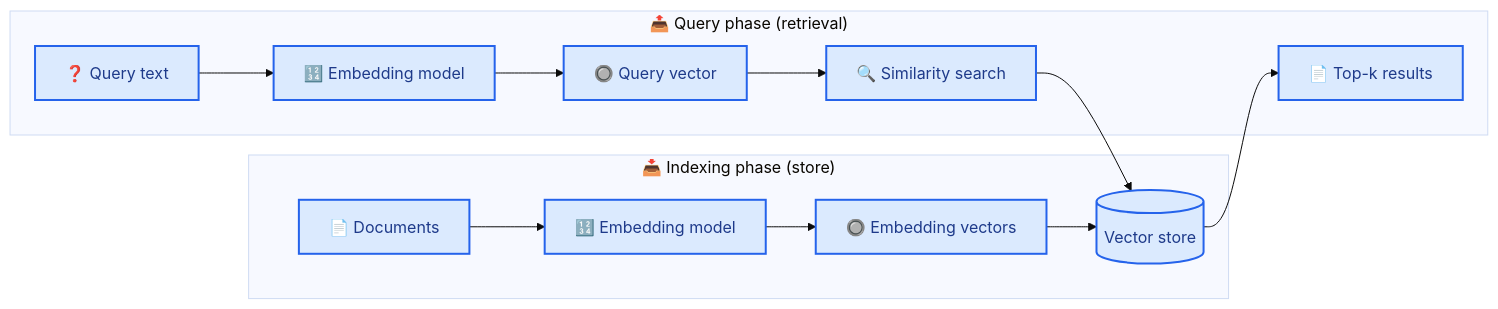
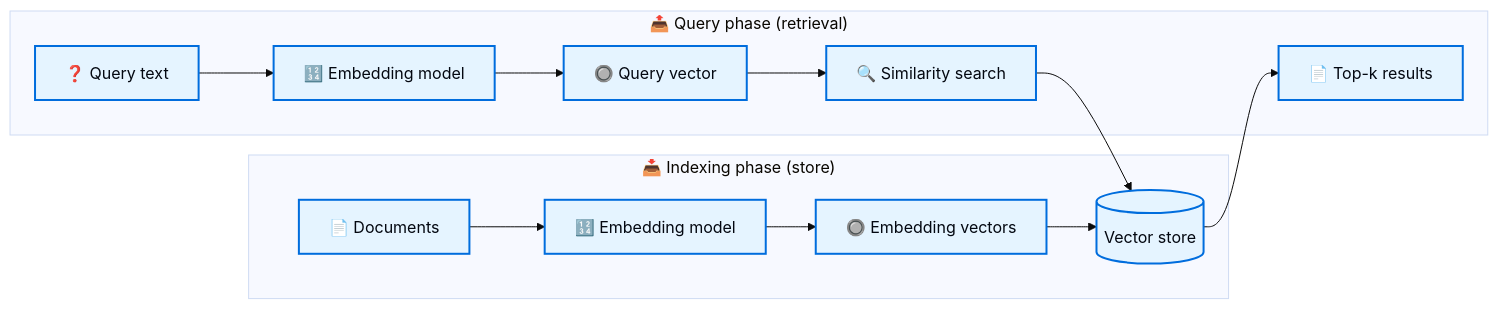
Before and after one commit to ActianCorp/langchain-ai-docs: the diagram in build/oss/python/integrations/vectorstores/index.mdx, drawn with Mermaid (base theme). The commit also changed other lines of this file and 2455 other files, not shown here.

````diff
--- a/build/oss/python/integrations/vectorstores/index.mdx
+++ b/build/oss/python/integrations/vectorstores/index.mdx
@@ -11,20 +11,20 @@
 ```mermaid
 flowchart LR
 
     subgraph "📥 Indexing phase (store)"
         A[📄 Documents] --> B[🔢 Embedding model]
         B --> C[🔘 Embedding vectors]
         C --> D[(Vector store)]
     end
 
     subgraph "📤 Query phase (retrieval)"
         E[❓ Query text] --> F[🔢 Embedding model]
         F --> G[🔘 Query vector]
         G --> H[🔍 Similarity search]
         H --> D
         D --> I[📄 Top-k results]
     end
 
-    classDef process fill:#DBEAFE,stroke:#2563EB,stroke-width:2px,color:#1E3A8A
+    classDef process fill:#E5F4FF,stroke:#006DDD,stroke-width:2px,color:#030710
     class A,B,C,D,E,F,G,H,I process
 ```
````
